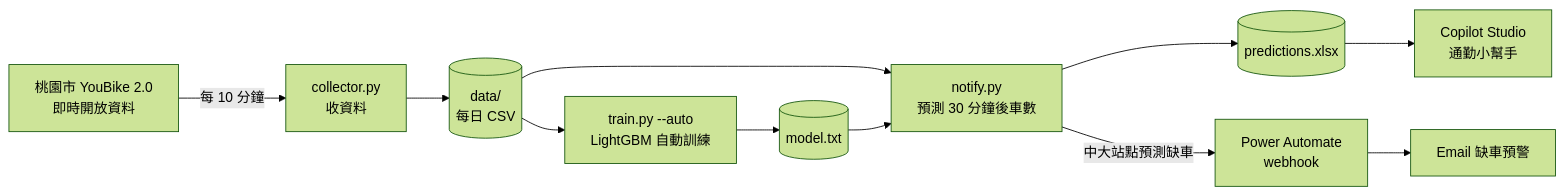
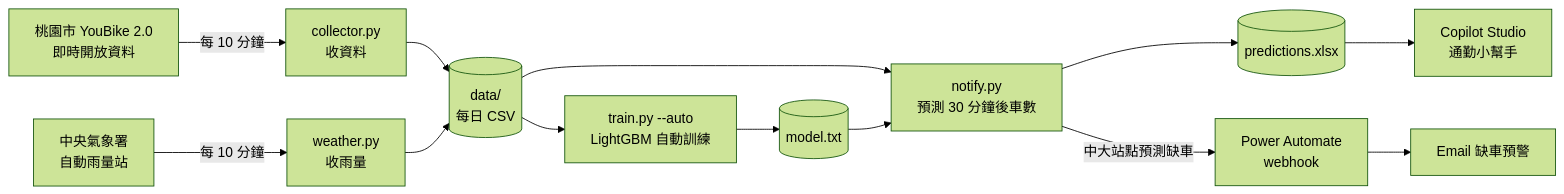
Before and after one commit to MingWei174/ncu-youbike: the diagram in README.md, drawn with Mermaid (forest theme). The commit also changed other lines of this file and 5 other files, not shown here.

````diff
--- a/README.md
+++ b/README.md
@@ -25,13 +25,15 @@
 ```mermaid
 flowchart LR
     A[桃園市 YouBike 2.0<br/>即時開放資料] -->|每 10 分鐘| B[collector.py<br/>收資料]
+    W[中央氣象署<br/>自動雨量站] -->|每 10 分鐘| X[weather.py<br/>收雨量]
     B --> C[(data/<br/>每日 CSV)]
+    X --> C
     C --> D[train.py --auto<br/>LightGBM 自動訓練]
     D --> E[(model.txt)]
     C --> F[notify.py<br/>預測 30 分鐘後車數]
     E --> F
     F --> G[(predictions.xlsx)]
     F -->|中大站點預測缺車| H[Power Automate<br/>webhook]
     H --> I[Email 缺車預警]
     G --> J[Copilot Studio<br/>通勤小幫手]
 ```
````
